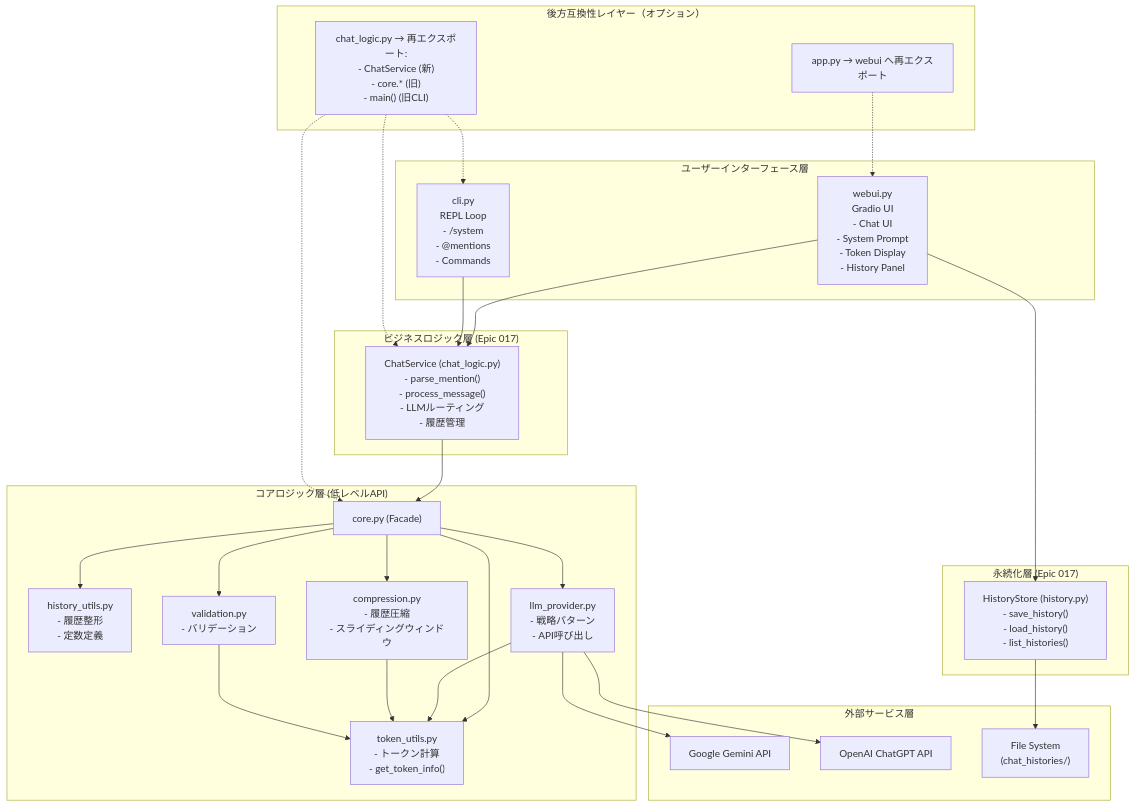
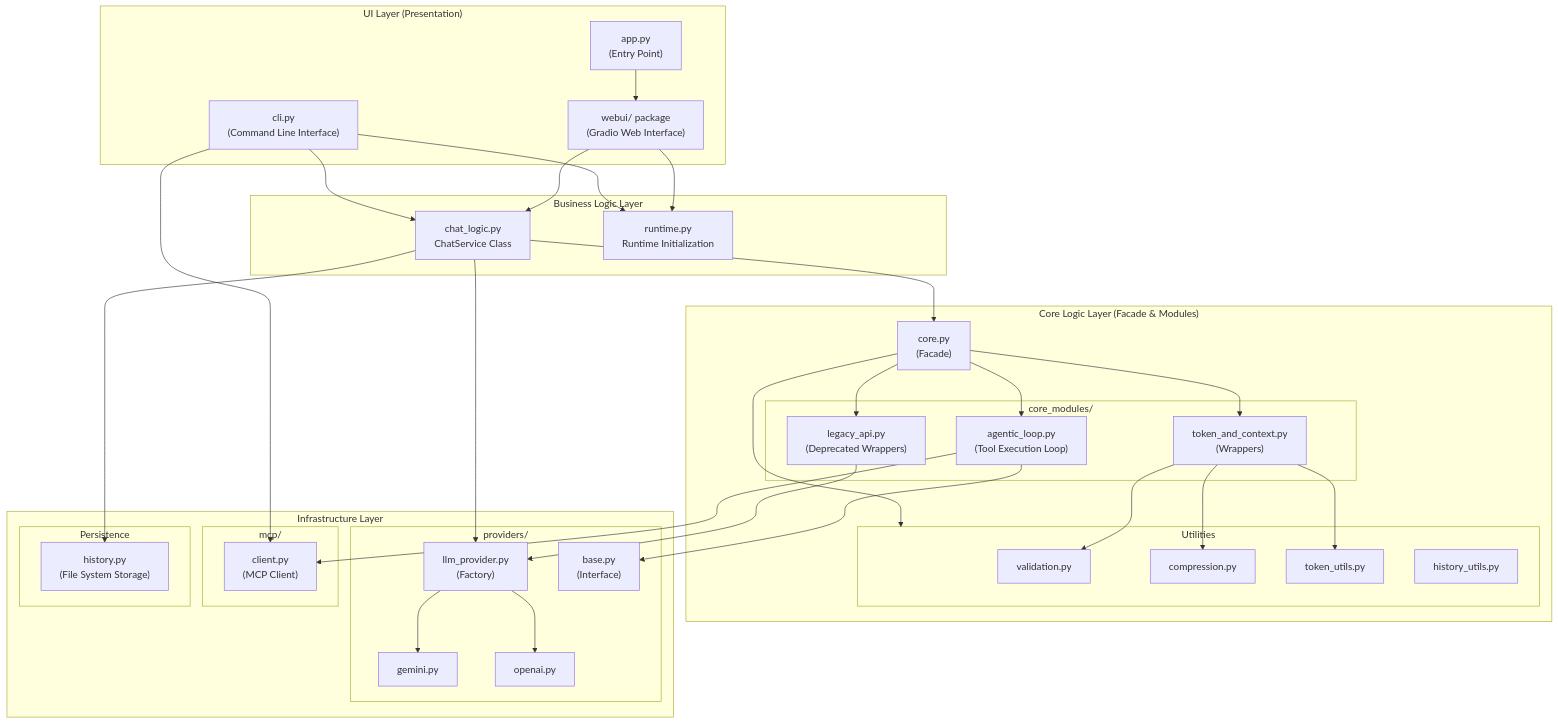
The diagram in doc/architecture.md (aoitan/multi-llm-chat), drawn with Mermaid before and after one commit. The commit also changed other lines of this file and 4 other files, not shown here.

````diff
--- a/doc/architecture.md
+++ b/doc/architecture.md
@@ -9,55 +19,75 @@
 ```mermaid
 graph TB
-    subgraph UI["ユーザーインターフェース層"]
-        WebUI["webui.py<br/>Gradio UI<br/>- Chat UI<br/>- System Prompt<br/>- Token Display<br/>- History Panel"]
-        CLI["cli.py<br/>REPL Loop<br/>- /system<br/>- @mentions<br/>- Commands"]
+    subgraph UI ["UI Layer (Presentation)"]
+        CLI["cli.py<br/>(Command Line Interface)"]
+        WebUI["webui/ package<br/>(Gradio Web Interface)"]
+        AppPy["app.py<br/>(Entry Point)"]
     end
+
+    subgraph Service ["Business Logic Layer"]
+        ChatService["chat_logic.py<br/>ChatService Class"]
+        Runtime["runtime.py<br/>Runtime Initialization"]
+    end
+
+    subgraph Core ["Core Logic Layer (Facade & Modules)"]
+        CorePy["core.py<br/>(Facade)"]
+        
+        subgraph CoreModules ["core_modules/"]
+            AgenticLoop["agentic_loop.py<br/>(Tool Execution Loop)"]
+            LegacyAPI["legacy_api.py<br/>(Deprecated Wrappers)"]
+            TokenContext["token_and_context.py<br/>(Wrappers)"]
+        end
+
+        subgraph CoreUtils ["Utilities"]
+            Validation["validation.py"]
+            Compression["compression.py"]
+            TokenUtils["token_utils.py"]
+            HistoryUtils["history_utils.py"]
+        end
+    end
+
+    subgraph Infrastructure ["Infrastructure Layer"]
+        subgraph Providers ["providers/"]
+            LLMProvider["llm_provider.py<br/>(Factory)"]
+            BaseProvider["base.py<br/>(Interface)"]
+            Gemini["gemini.py"]
+            OpenAI["openai.py"]
+        end
+
+        subgraph MCP ["mcp/"]
+            MCPClient["client.py<br/>(MCP Client)"]
+        end
+
+        subgraph Persistence ["Persistence"]
+            HistoryStore["history.py<br/>(File System Storage)"]
+        end
+    end
+
+    AppPy --> WebUI
+    WebUI --> ChatService
+    WebUI --> Runtime
+    CLI --> ChatService
+    CLI --> MCPClient
+    CLI --> Runtime
+
+    ChatService --> CorePy
+    ChatService --> LLMProvider
+    ChatService --> HistoryStore
+
+    CorePy --> AgenticLoop
+    CorePy --> LegacyAPI
+    CorePy --> TokenContext
+    CorePy --> CoreUtils
+
+    AgenticLoop --> MCPClient
+    AgenticLoop --> BaseProvider
+
+    LegacyAPI --> LLMProvider
     
-    subgraph Service["ビジネスロジック層 (Epic 017)"]
-        ChatService["ChatService (chat_logic.py)<br/>- parse_mention()<br/>- process_message()<br/>- LLMルーティング<br/>- 履歴管理"]
-    end
+    LLMProvider --> Gemini
+    LLMProvider --> OpenAI
     
-    subgraph Core["コアロジック層 (低レベルAPI)"]
-        CorePy["core.py (Facade)"]
-        TokenUtils["token_utils.py<br/>- トークン計算<br/>- get_token_info()"]
-        HistoryUtils["history_utils.py<br/>- 履歴整形<br/>- 定数定義"]
-        Compression["compression.py<br/>- 履歴圧縮<br/>- スライディングウィンドウ"]
-        Validation["validation.py<br/>- バリデーション"]
-        LLMProvider["llm_provider.py<br/>- 戦略パターン<br/>- API呼び出し"]
-    end
-    
-    subgraph Persistence["永続化層 (Epic 017)"]
-        HistoryStore["HistoryStore (history.py)<br/>- save_history()<br/>- load_history()<br/>- list_histories()"]
-    end
-    
-    subgraph External["外部サービス層"]
-        Gemini["Google Gemini API"]
-        ChatGPT["OpenAI ChatGPT API"]
-        FileSystem["File System<br/>(chat_histories/)"]
-    end
-    
-    subgraph Compat["後方互換性レイヤー（オプション）"]
-        AppPy["app.py → webui へ再エクスポート"]
-        ChatLogic["chat_logic.py → 再エクスポート:<br/>- ChatService (新)<br/>- core.* (旧)<br/>- main() (旧CLI)"]
-    end
-    
-    WebUI --> ChatService
-    CLI --> ChatService
-    WebUI --> HistoryStore
-    ChatService --> CorePy
-    CorePy --> TokenUtils
-    CorePy --> HistoryUtils
-    CorePy --> Compression
-    CorePy --> Validation
-    CorePy --> LLMProvider
-    LLMProvider --> TokenUtils
-    Compression --> TokenUtils
-    Validation --> TokenUtils
-    LLMProvider --> Gemini
-    LLMProvider --> ChatGPT
-    HistoryStore --> FileSystem
-    AppPy -.-> WebUI
-    ChatLogic -.-> ChatService
-    ChatLogic -.-> CorePy
-    ChatLogic -.-> CLI
+    TokenContext --> Validation
+    TokenContext --> Compression
+    TokenContext --> TokenUtils
 ```
````
